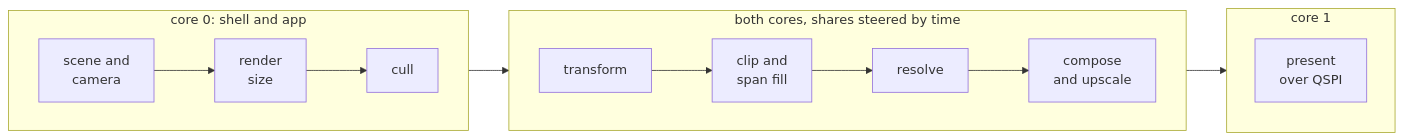
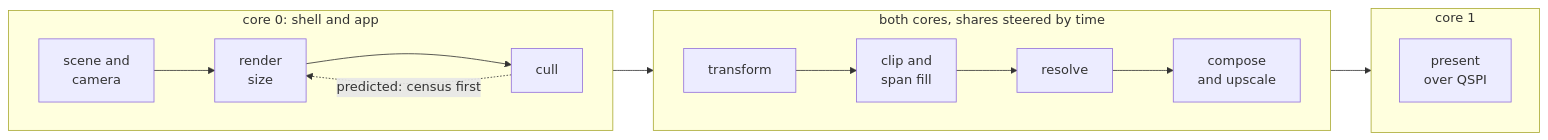
One commit to jose-villegas/autana changed the diagram in docs/render/frame/README.md. Above: the diagram before and after it, drawn with Mermaid. The commit also changed other lines of this file and 3 other files, not shown here.

````diff
--- a/docs/render/frame/README.md
+++ b/docs/render/frame/README.md
@@ -8,15 +8,16 @@
 ```mermaid
 flowchart LR
     subgraph C0["core 0: shell and app"]
         direction LR
         Scene[scene and<br/>camera] --> Size[render<br/>size] --> Cull[cull]
+        Cull -. "predicted: census first" .-> Size
     end
     subgraph Both["both cores, shares steered by time"]
         direction LR
         Xf[transform] --> Fill[clip and<br/>span fill] --> Res[resolve] --> Up[compose<br/>and upscale]
     end
     subgraph C1["core 1"]
         Present[present<br/>over QSPI]
     end
     C0 --> Both --> C1
 ```
````
